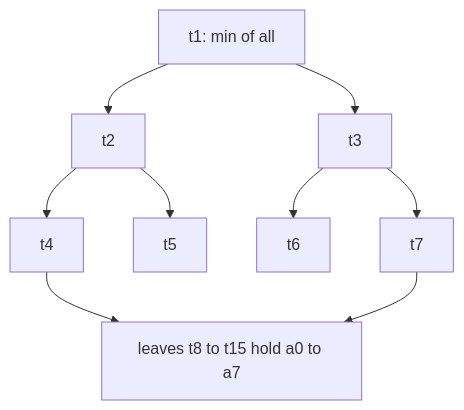
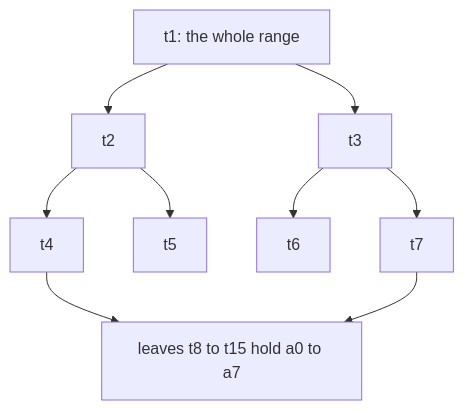
One commit to Nidanos/ai-tutor-platform changed the second of 3 diagrams in apps/api/src/infrastructure/database/seed/dsa-lessons/segment-trees.md. Above: the diagram before and after it, drawn with Mermaid. The commit also changed other lines of this file and 27 other files, not shown here.

````diff
--- a/apps/api/src/infrastructure/database/seed/dsa-lessons/segment-trees.md
+++ b/apps/api/src/infrastructure/database/seed/dsa-lessons/segment-trees.md
@@ -176,11 +176,11 @@
 ```mermaid
 flowchart TB
-    A["t1: min of all"] --> B["t2"]
+    A["t1: the whole range"] --> B["t2"]
     A --> C["t3"]
     B --> D["t4"]
     B --> E["t5"]
     C --> F["t6"]
     C --> G["t7"]
     D --> L["leaves t8 to t15 hold a0 to a7"]
     G --> L
 ```
````
